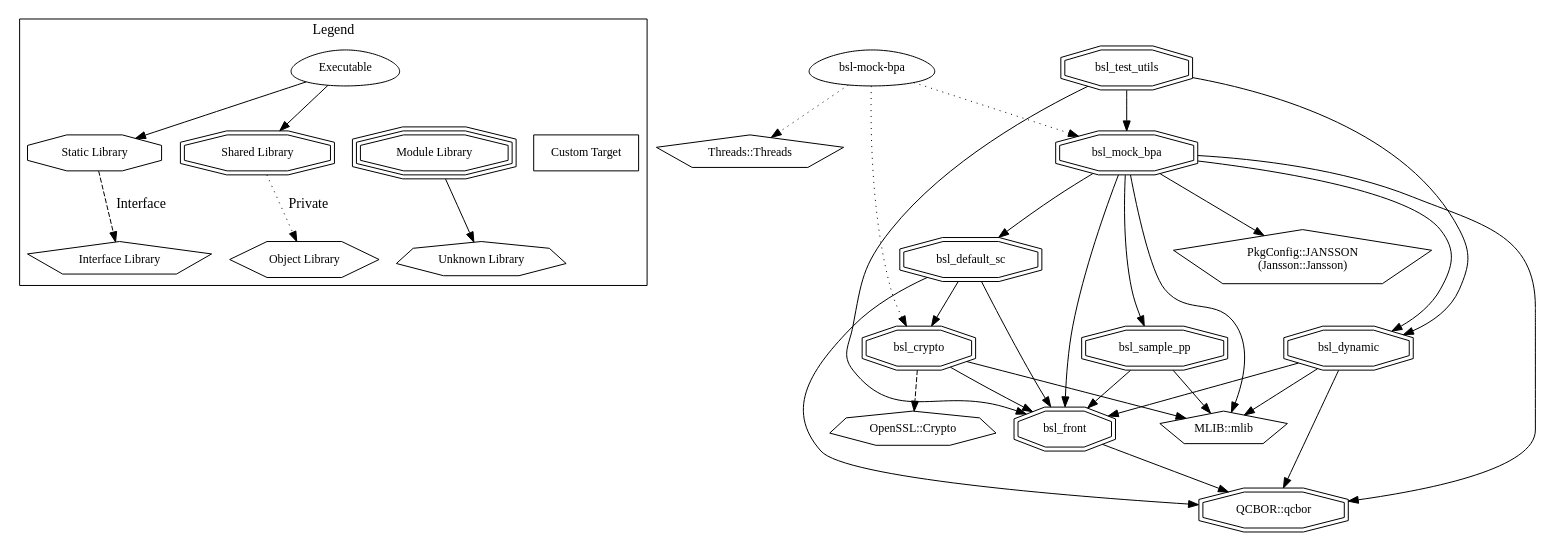
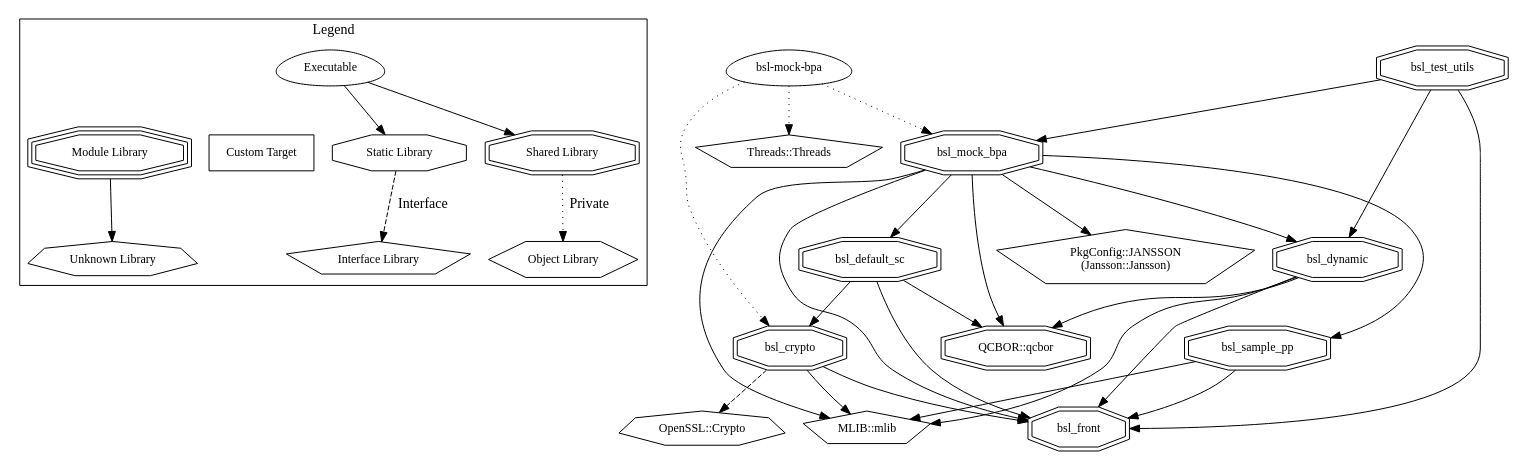
One commit to NASA-AMMOS/BSL-docs changed the diagram in product-guide/images/dep_chart.dot. Above: the diagram before and after it, drawn with Graphviz. The commit also changed 2 other files, not shown here.

```diff
--- a/product-guide/images/dep_chart.dot
+++ b/product-guide/images/dep_chart.dot
@@ -1,63 +1,62 @@
 digraph "bsl" {
 node [
   fontsize = "12"
 ];
 subgraph clusterLegend {
   label = "Legend";
   color = black;
   edge [ style = invis ];
   legendNode0 [ label = "Executable", shape = egg ];
   legendNode1 [ label = "Static Library", shape = octagon ];
   legendNode2 [ label = "Shared Library", shape = doubleoctagon ];
   legendNode3 [ label = "Module Library", shape = tripleoctagon ];
   legendNode4 [ label = "Interface Library", shape = pentagon ];
   legendNode5 [ label = "Object Library", shape = hexagon ];
   legendNode6 [ label = "Unknown Library", shape = septagon ];
   legendNode7 [ label = "Custom Target", shape = box ];
   legendNode0 -> legendNode1 [ style = solid ];
   legendNode0 -> legendNode2 [ style = solid ];
   legendNode0 -> legendNode3;
   legendNode1 -> legendNode4 [ label = "Interface", style = dashed ];
   legendNode2 -> legendNode5 [ label = "Private", style = dotted ];
   legendNode3 -> legendNode6 [ style = solid ];
   legendNode0 -> legendNode7;
 }
     "node0" [ label = "bsl-mock-bpa", shape = egg ];
     "node1" [ label = "Threads::Threads", shape = pentagon ];
     "node0" -> "node1" [ style = dotted ] // bsl-mock-bpa -> Threads::Threads
     "node2" [ label = "bsl_crypto", shape = doubleoctagon ];
     "node3" [ label = "MLIB::mlib", shape = pentagon ];
     "node2" -> "node3"  // bsl_crypto -> MLIB::mlib
     "node4" [ label = "OpenSSL::Crypto", shape = septagon ];
     "node2" -> "node4" [ style = dashed ] // bsl_crypto -> OpenSSL::Crypto
     "node5" [ label = "bsl_front", shape = doubleoctagon ];
-    "node6" [ label = "QCBOR::qcbor", shape = doubleoctagon ];
-    "node5" -> "node6"  // bsl_front -> QCBOR::qcbor
     "node2" -> "node5"  // bsl_crypto -> bsl_front
     "node0" -> "node2" [ style = dotted ] // bsl-mock-bpa -> bsl_crypto
-    "node7" [ label = "bsl_mock_bpa", shape = doubleoctagon ];
-    "node7" -> "node3"  // bsl_mock_bpa -> MLIB::mlib
-    "node8" [ label = "PkgConfig::JANSSON\n(Jansson::Jansson)", shape = pentagon ];
-    "node7" -> "node8"  // bsl_mock_bpa -> PkgConfig::JANSSON
-    "node7" -> "node6"  // bsl_mock_bpa -> QCBOR::qcbor
+    "node6" [ label = "bsl_mock_bpa", shape = doubleoctagon ];
+    "node6" -> "node3"  // bsl_mock_bpa -> MLIB::mlib
+    "node7" [ label = "PkgConfig::JANSSON\n(Jansson::Jansson)", shape = pentagon ];
+    "node6" -> "node7"  // bsl_mock_bpa -> PkgConfig::JANSSON
+    "node8" [ label = "QCBOR::qcbor", shape = doubleoctagon ];
+    "node6" -> "node8"  // bsl_mock_bpa -> QCBOR::qcbor
     "node9" [ label = "bsl_default_sc", shape = doubleoctagon ];
-    "node9" -> "node6"  // bsl_default_sc -> QCBOR::qcbor
+    "node9" -> "node8"  // bsl_default_sc -> QCBOR::qcbor
     "node9" -> "node2"  // bsl_default_sc -> bsl_crypto
     "node9" -> "node5"  // bsl_default_sc -> bsl_front
-    "node7" -> "node9"  // bsl_mock_bpa -> bsl_default_sc
+    "node6" -> "node9"  // bsl_mock_bpa -> bsl_default_sc
     "node10" [ label = "bsl_dynamic", shape = doubleoctagon ];
     "node10" -> "node3"  // bsl_dynamic -> MLIB::mlib
-    "node10" -> "node6"  // bsl_dynamic -> QCBOR::qcbor
+    "node10" -> "node8"  // bsl_dynamic -> QCBOR::qcbor
     "node10" -> "node5"  // bsl_dynamic -> bsl_front
-    "node7" -> "node10"  // bsl_mock_bpa -> bsl_dynamic
-    "node7" -> "node5"  // bsl_mock_bpa -> bsl_front
+    "node6" -> "node10"  // bsl_mock_bpa -> bsl_dynamic
+    "node6" -> "node5"  // bsl_mock_bpa -> bsl_front
     "node11" [ label = "bsl_sample_pp", shape = doubleoctagon ];
     "node11" -> "node3"  // bsl_sample_pp -> MLIB::mlib
     "node11" -> "node5"  // bsl_sample_pp -> bsl_front
-    "node7" -> "node11"  // bsl_mock_bpa -> bsl_sample_pp
-    "node0" -> "node7" [ style = dotted ] // bsl-mock-bpa -> bsl_mock_bpa
+    "node6" -> "node11"  // bsl_mock_bpa -> bsl_sample_pp
+    "node0" -> "node6" [ style = dotted ] // bsl-mock-bpa -> bsl_mock_bpa
     "node12" [ label = "bsl_test_utils", shape = doubleoctagon ];
     "node12" -> "node10"  // bsl_test_utils -> bsl_dynamic
     "node12" -> "node5"  // bsl_test_utils -> bsl_front
-    "node12" -> "node7"  // bsl_test_utils -> bsl_mock_bpa
+    "node12" -> "node6"  // bsl_test_utils -> bsl_mock_bpa
 }
```
